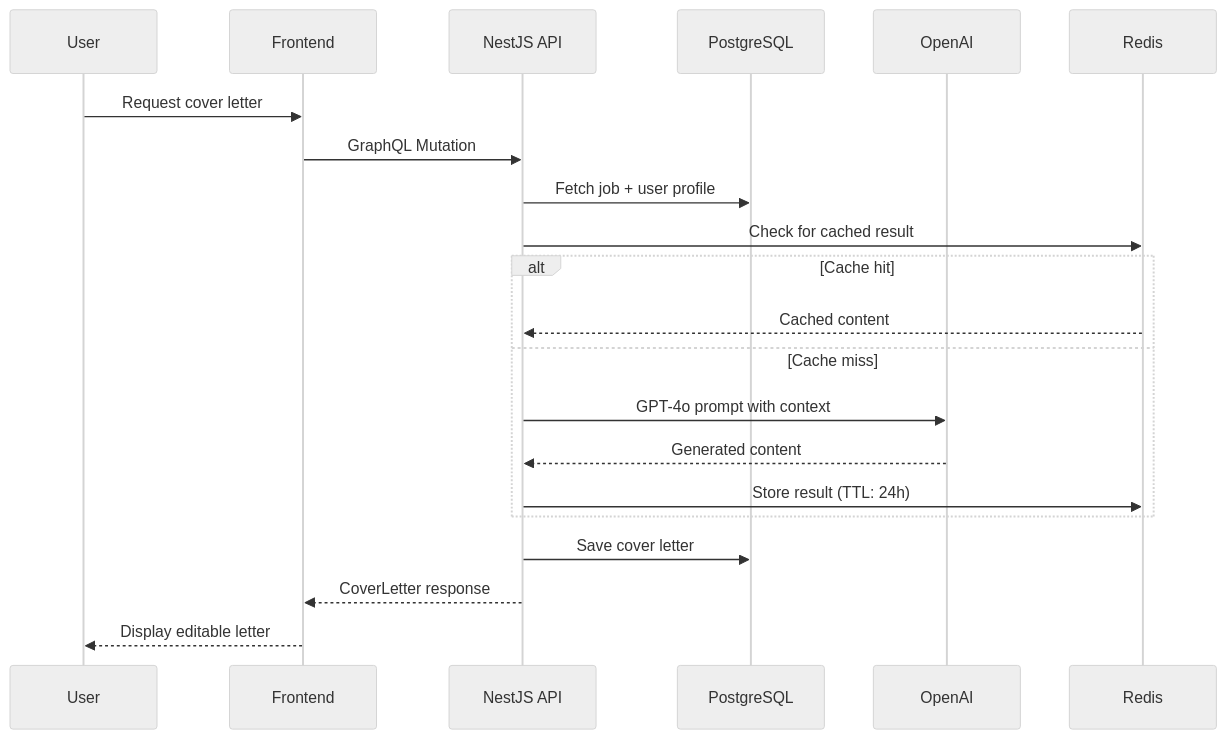
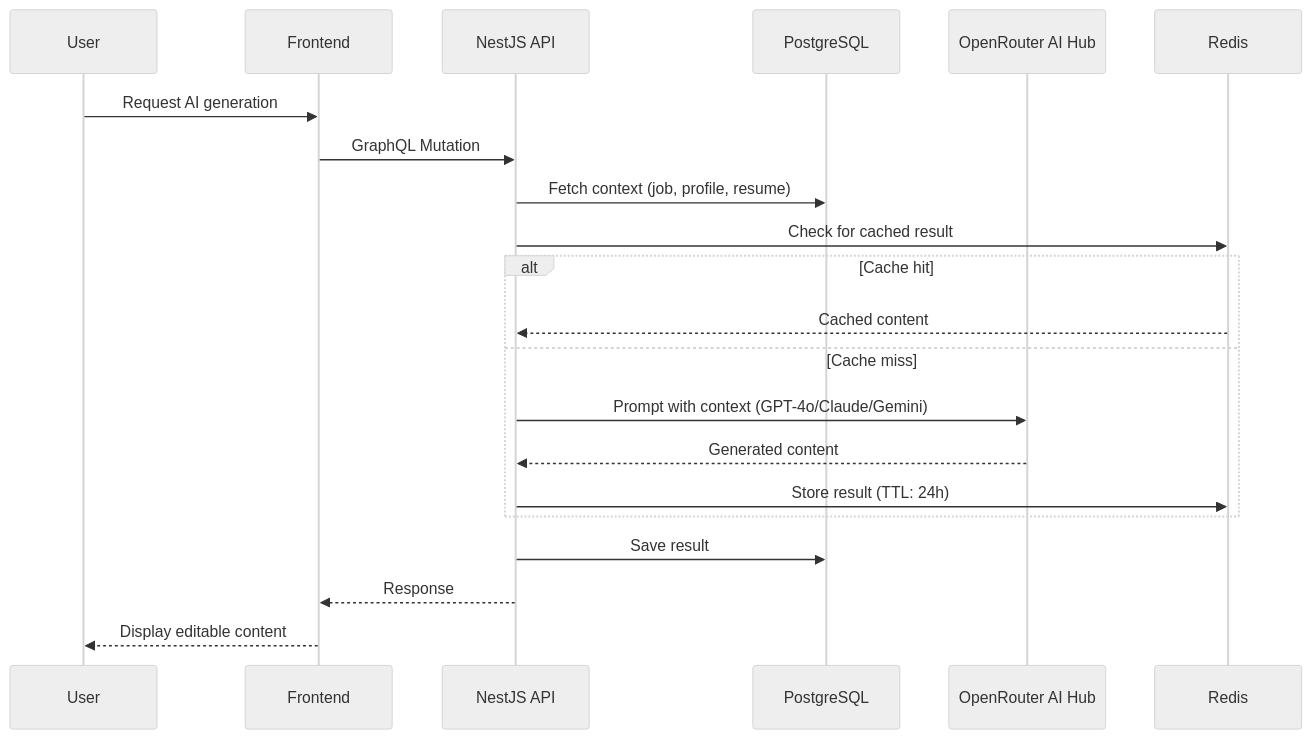
One commit to asmitrofanov74/JobPilotAI changed the ninth of 15 diagrams in docs/system-design.md. Above: the diagram before and after it, drawn with Mermaid (neutral theme). The commit also changed other lines of this file, not shown here.

Commit message:
docs: update system-design.md for OpenRouter, French Coach, Scraper, LinkedIn Optimizer, voice, local dev

````diff
--- a/docs/system-design.md
+++ b/docs/system-design.md
@@ -522,24 +617,24 @@
 ```mermaid
 sequenceDiagram
     participant User
     participant Web as Frontend
     participant API as NestJS API
     participant DB as PostgreSQL
-    participant AI as OpenAI
+    participant AI as OpenRouter AI Hub
     participant Cache as Redis
 
-    User->>Web: Request cover letter
+    User->>Web: Request AI generation
     Web->>API: GraphQL Mutation
-    API->>DB: Fetch job + user profile
+    API->>DB: Fetch context (job, profile, resume)
     API->>Cache: Check for cached result
     alt Cache hit
         Cache-->>API: Cached content
     else Cache miss
-        API->>AI: GPT-4o prompt with context
+        API->>AI: Prompt with context (GPT-4o/Claude/Gemini)
         AI-->>API: Generated content
         API->>Cache: Store result (TTL: 24h)
     end
-    API->>DB: Save cover letter
-    API-->>Web: CoverLetter response
-    Web-->>User: Display editable letter
+    API->>DB: Save result
+    API-->>Web: Response
+    Web-->>User: Display editable content
 ```
````
